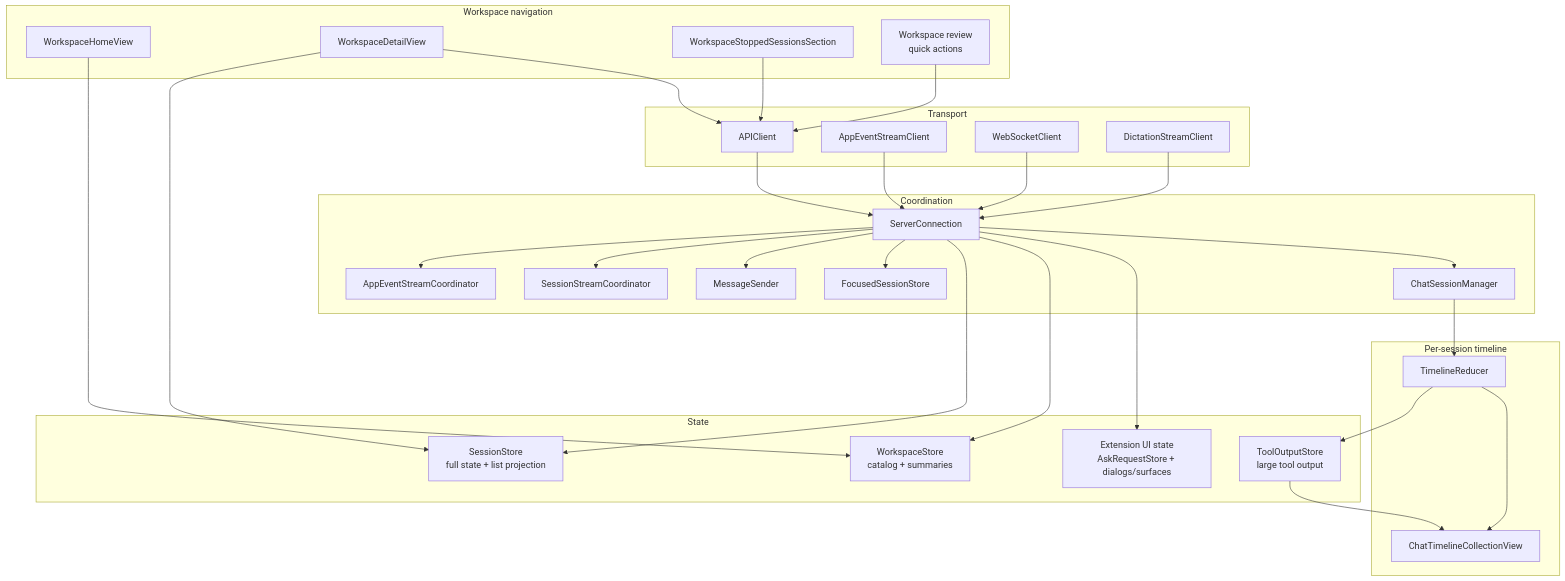
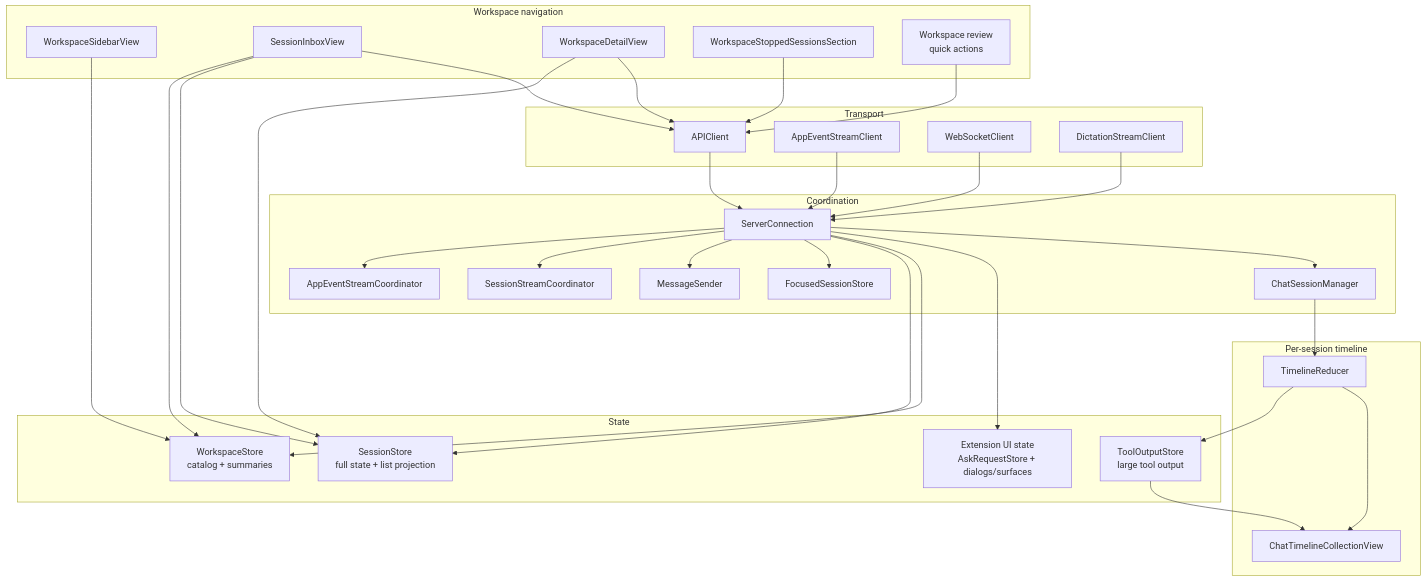
The first of 4 diagrams in docs/architecture-client.md (duh17/oppi), drawn with Mermaid before and after one commit. The commit also changed other lines of this file and 14 other files, not shown here.

````diff
--- a/docs/architecture-client.md
+++ b/docs/architecture-client.md
@@ -27,59 +27,63 @@
 ```mermaid
 graph TD
   subgraph Transport[Transport]
     API[APIClient]
     AppEventClient[AppEventStreamClient]
     SessionClient[WebSocketClient]
     AudioClient[DictationStreamClient]
   end
 
   subgraph Coordination[Coordination]
     Connection[ServerConnection]
     AppEventCoord[AppEventStreamCoordinator]
     StreamCoord[SessionStreamCoordinator]
     Sender[MessageSender]
     Focus[FocusedSessionStore]
     ChatManager[ChatSessionManager]
   end
 
   subgraph State[State]
     SessionStore[SessionStore<br/>full state + list projection]
     WorkspaceStore[WorkspaceStore<br/>catalog + summaries]
     ExtensionUIState[Extension UI state<br/>AskRequestStore + dialogs/surfaces]
     ToolOutputStore[ToolOutputStore<br/>large tool output]
   end
 
   subgraph WorkspaceViews[Workspace navigation]
-    Home[WorkspaceHomeView]
+    Sidebar[WorkspaceSidebarView]
+    Inbox[SessionInboxView]
     Detail[WorkspaceDetailView]
     Archive[WorkspaceStoppedSessionsSection]
     Review[Workspace review<br/>quick actions]
   end
 
   subgraph Timeline[Per-session timeline]
     Reducer[TimelineReducer]
     UIKit[ChatTimelineCollectionView]
   end
 
   API --> Connection
   AppEventClient --> Connection
   SessionClient --> Connection
   AudioClient --> Connection
   Connection --> AppEventCoord
   Connection --> StreamCoord
   Connection --> Sender
   Connection --> Focus
   Connection --> SessionStore
   Connection --> WorkspaceStore
   Connection --> ExtensionUIState
   Connection --> ChatManager
-  Home --> WorkspaceStore
+  Sidebar --> WorkspaceStore
+  Inbox --> WorkspaceStore
+  Inbox --> SessionStore
+  Inbox --> API
   Detail --> SessionStore
   Detail --> API
   Archive --> API
   Review --> API
   ChatManager --> Reducer
   Reducer --> ToolOutputStore
   ToolOutputStore --> UIKit
   Reducer --> UIKit
 ```
````
